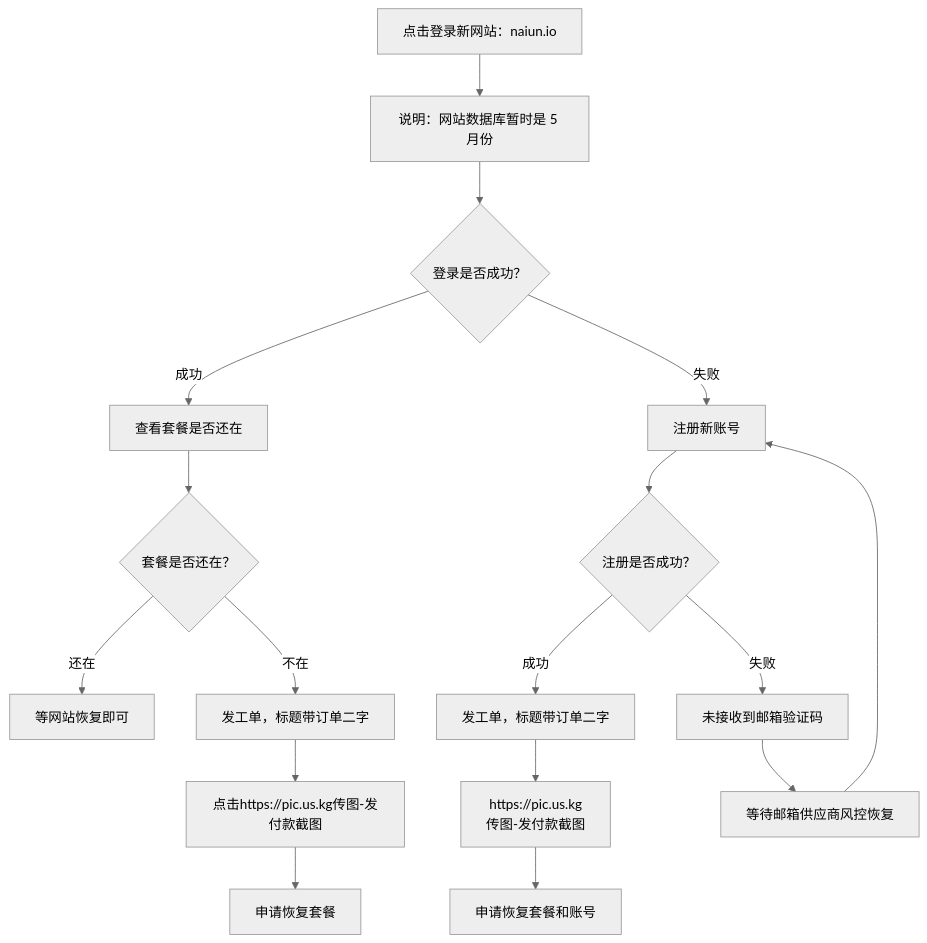
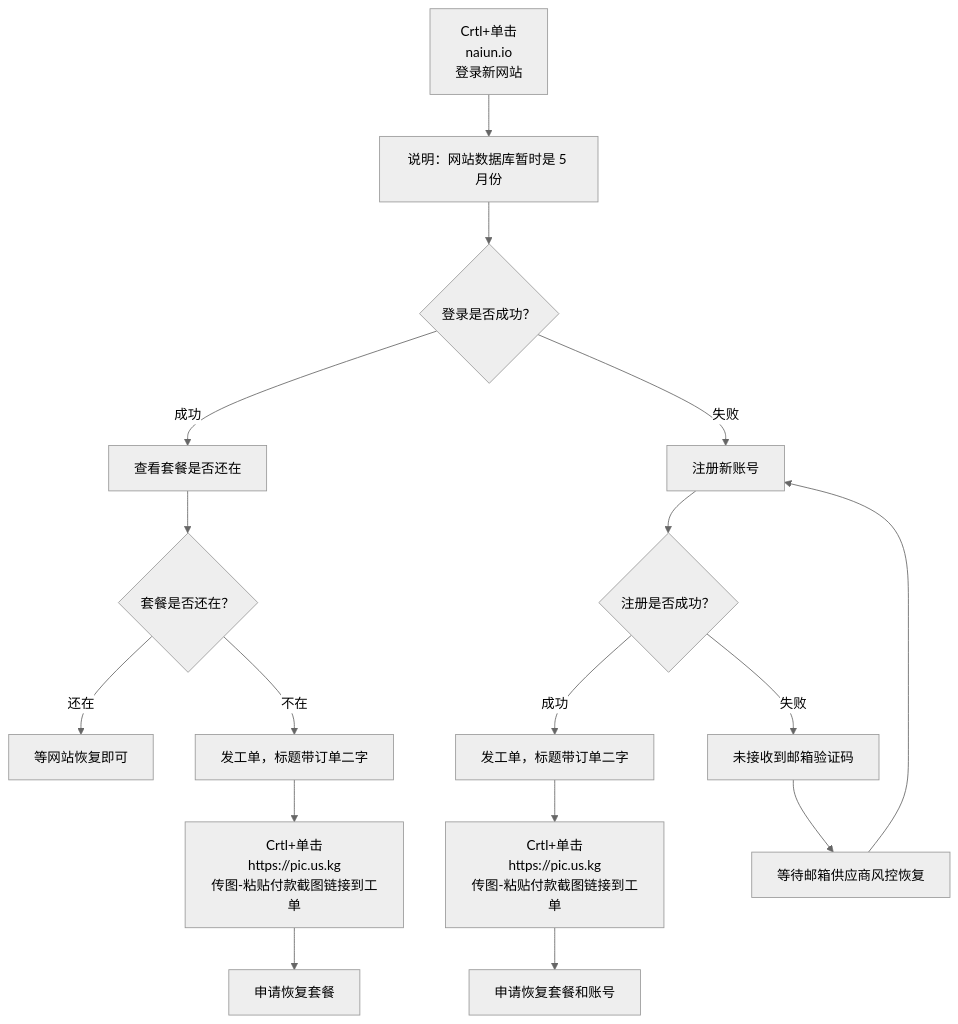
One commit to jdnei/naiyun changed the diagram in README.md. Above: the diagram before and after it, drawn with Mermaid (neutral theme).

````diff
--- a/README.md
+++ b/README.md
@@ -159,28 +159,28 @@
 ```mermaid
 flowchart TD
-    B[点击登录新网站：naiun.io]
+    B["Crtl+单击</br>naiun.io</br>登录新网站"]
     B --> C[说明：网站数据库暂时是 5 月份]
     C --> D{登录是否成功？}
 
     D -->|成功| E[查看套餐是否还在]
     E --> F{套餐是否还在？}
 
     F -->|还在| G[等网站恢复即可]
     F -->|不在| H[发工单，标题带订单二字]
-    H --> I[点击https://pic.us.kg传图-发付款截图]
+    H --> I["Crtl+单击</br>https://pic.us.kg</br>传图-粘贴付款截图链接到工单"]
     I --> J[申请恢复套餐]
 
     D -->|失败| K[注册新账号]
     K --> L{注册是否成功？}
 
     L -->|成功| M[发工单，标题带订单二字]
-    M --> N["https://pic.us.kg</br>传图-发付款截图"]
+    M --> N["Crtl+单击</br>https://pic.us.kg</br>传图-粘贴付款截图链接到工单"]
     N --> O[申请恢复套餐和账号]
 
     L -->|失败| P[未接收到邮箱验证码]
     P --> Q[等待邮箱供应商风控恢复]
     Q --> K
     click B "https://naiun.io/#/register?code=KacwlzHN" "打开 naiun.io" _blank
     click I "https://pic.us.kg" "打开 pic.us.kg" _blank
     click N "https://pic.us.kg" "打开 pic.us.kg" _blank
 ```
````
